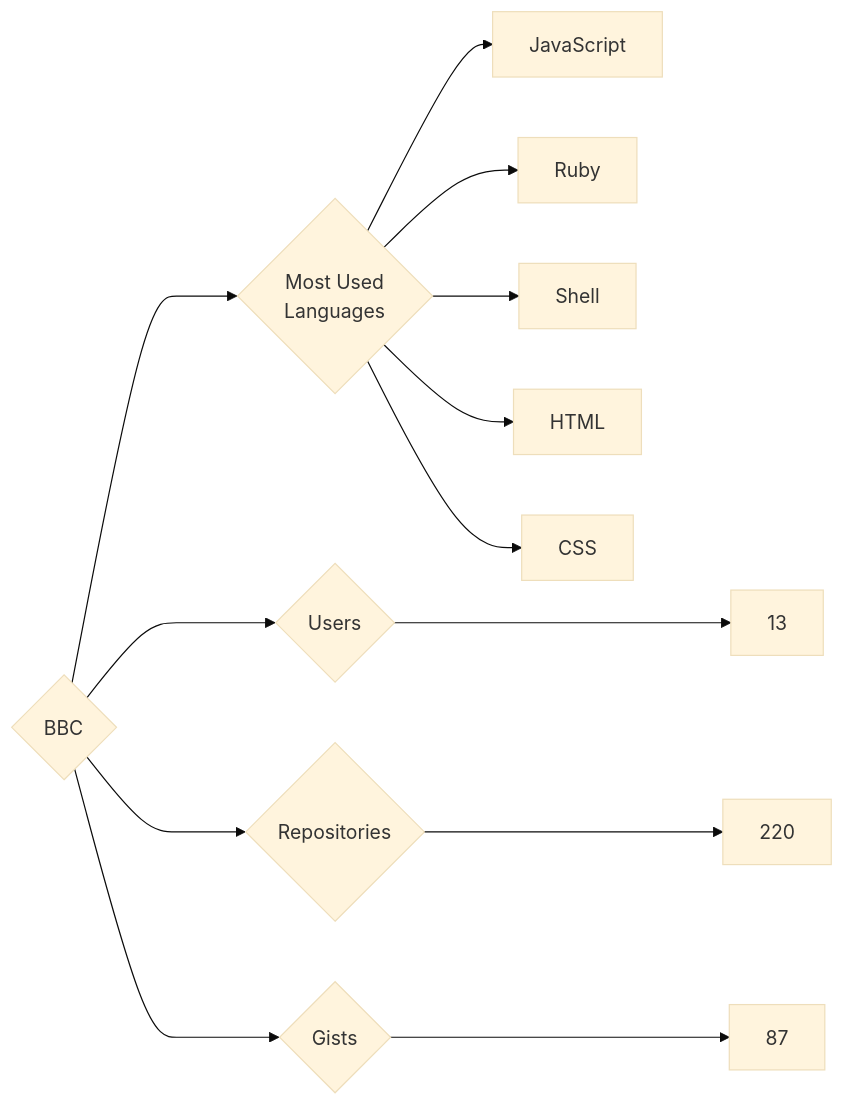
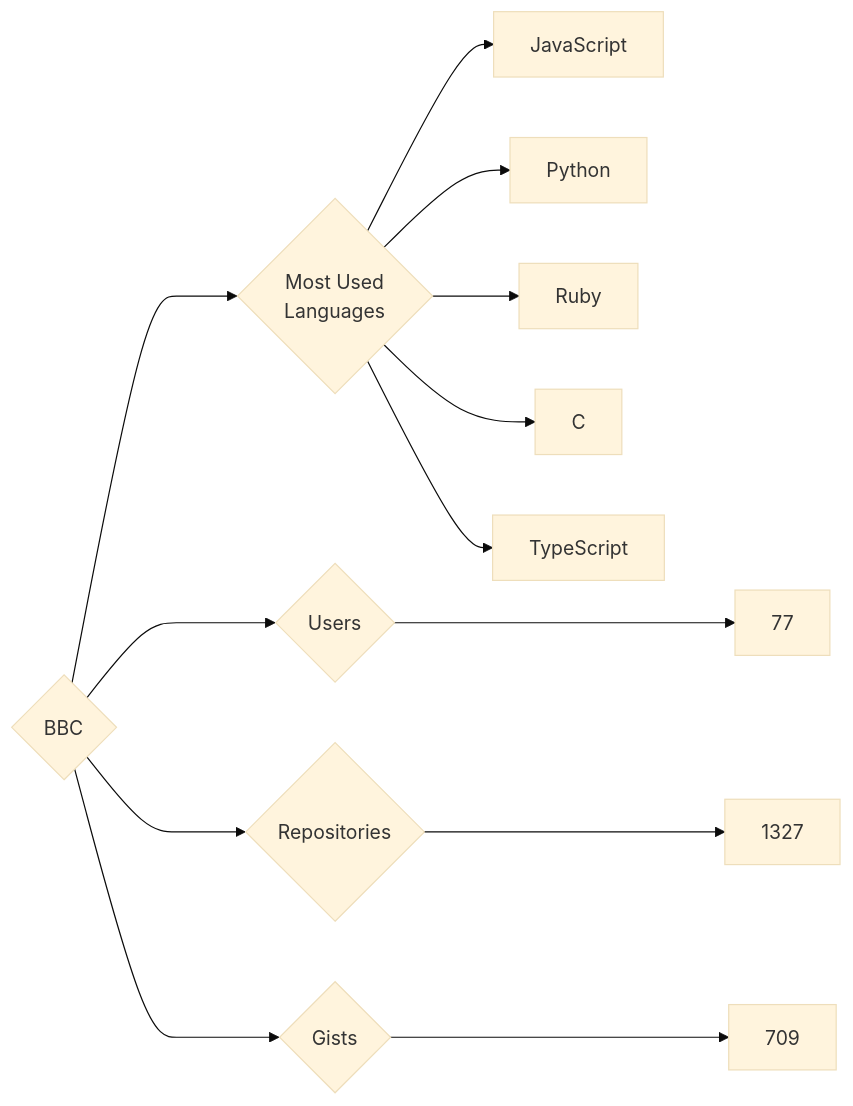
Before and after one commit to trickest/insiders: the diagram in targets/BBC/README.md, drawn with Mermaid (base theme). The commit also changed 935 other files, not shown here.

````diff
--- a/targets/BBC/README.md
+++ b/targets/BBC/README.md
@@ -3,13 +3,13 @@
 ```mermaid
 graph LR
 COMPANY_NAME{BBC}
-COMPANY_NAME ---> U{Users} ---> UN[13]
-COMPANY_NAME ---> R{Repositories} ---> RN[220]
-COMPANY_NAME ---> G{Gists} ---> GN[87]
+COMPANY_NAME ---> U{Users} ---> UN[77]
+COMPANY_NAME ---> R{Repositories} ---> RN[1327]
+COMPANY_NAME ---> G{Gists} ---> GN[709]
 COMPANY_NAME ---> ML{Most Used<br>Languages}
 ML --> JavaScript[JavaScript]
+ML --> Python[Python]
 ML --> Ruby[Ruby]
-ML --> Shell[Shell]
-ML --> HTML[HTML]
-ML --> CSS[CSS]
+ML --> C[C]
+ML --> TypeScript[TypeScript]
 ```
````
